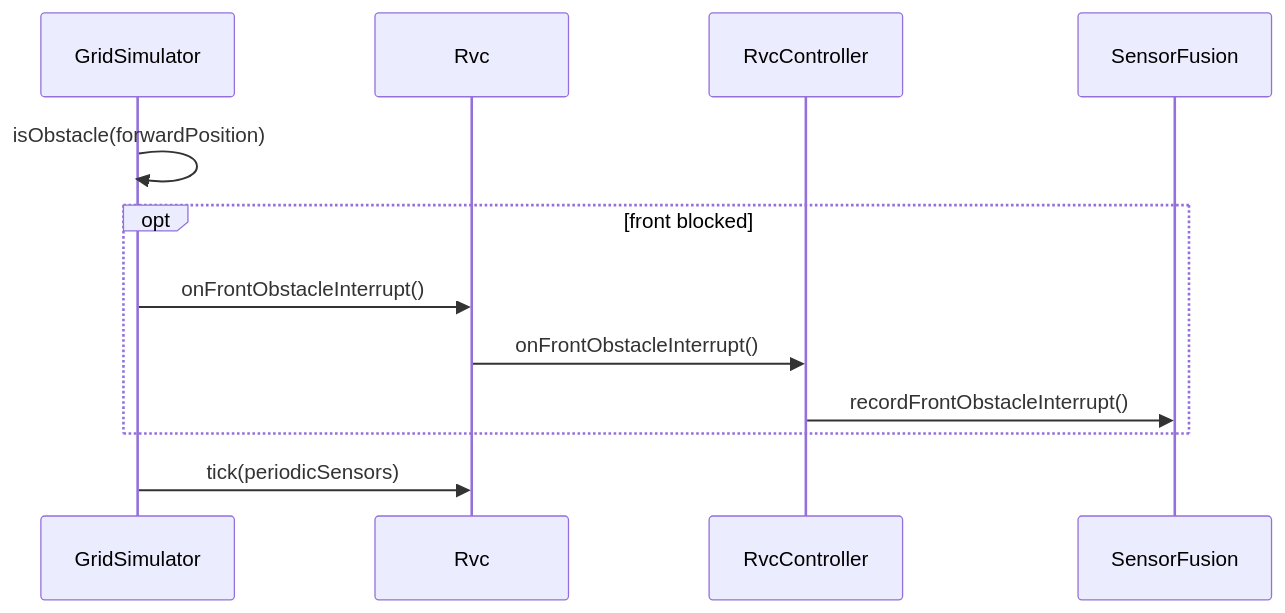
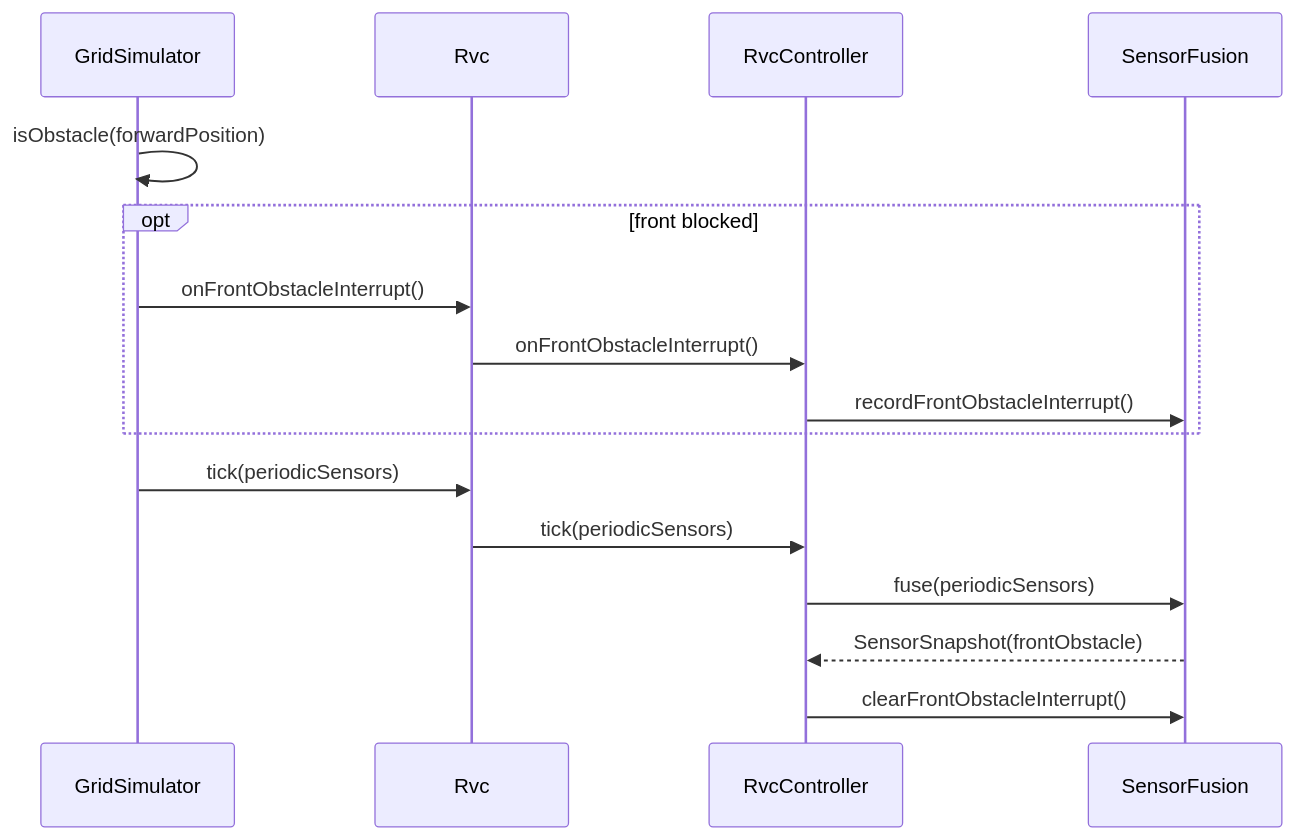
The second of 3 diagrams in docs/ood_sequence_diagrams.md (reload02/ooad-vibe), drawn with Mermaid before and after one commit. The commit also changed other lines of this file and 22 other files, not shown here.

First line of the commit message:
Refactor RVC Controller and Navigation Logic

````diff
--- a/docs/ood_sequence_diagrams.md
+++ b/docs/ood_sequence_diagrams.md
@@ -31,15 +31,19 @@
 ```mermaid
 sequenceDiagram
     participant Simulator as GridSimulator
     participant RVC as Rvc
     participant Controller as RvcController
     participant Fusion as SensorFusion
 
     Simulator->>Simulator: isObstacle(forwardPosition)
     opt front blocked
         Simulator->>RVC: onFrontObstacleInterrupt()
         RVC->>Controller: onFrontObstacleInterrupt()
         Controller->>Fusion: recordFrontObstacleInterrupt()
     end
     Simulator->>RVC: tick(periodicSensors)
+    RVC->>Controller: tick(periodicSensors)
+    Controller->>Fusion: fuse(periodicSensors)
+    Fusion-->>Controller: SensorSnapshot(frontObstacle)
+    Controller->>Fusion: clearFrontObstacleInterrupt()
 ```
````
